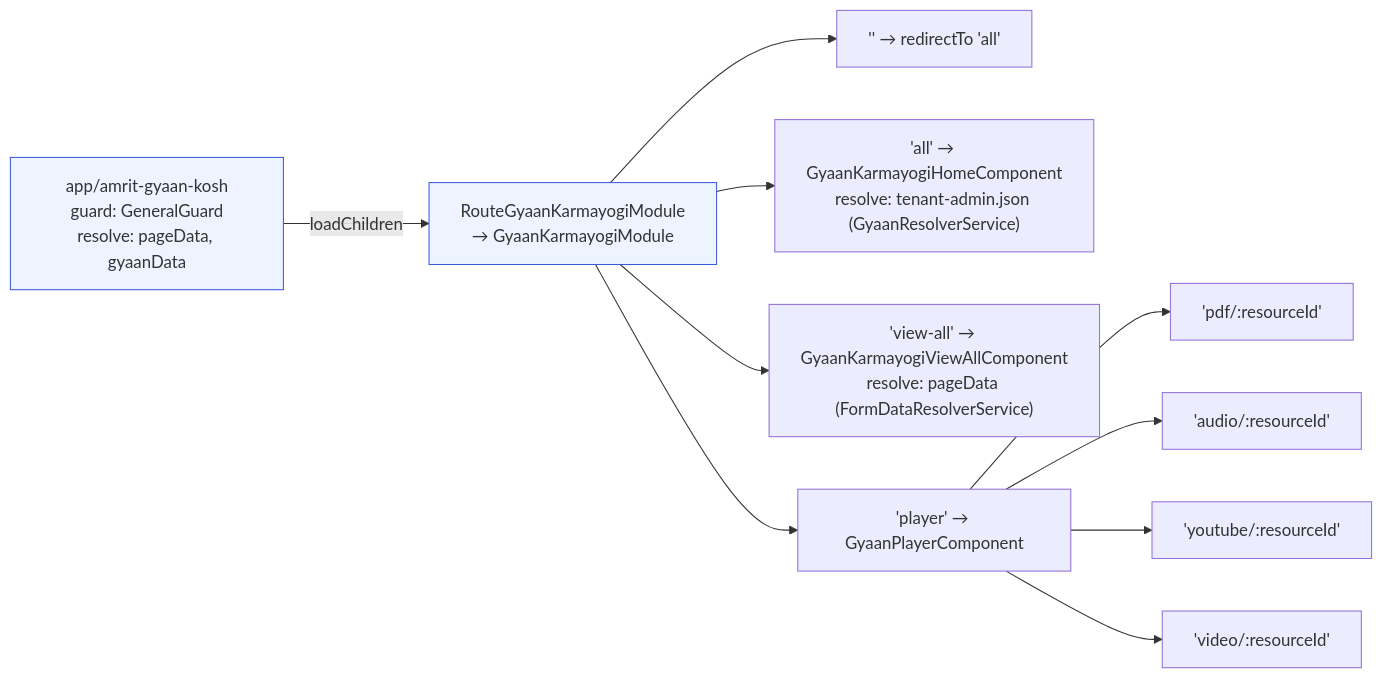
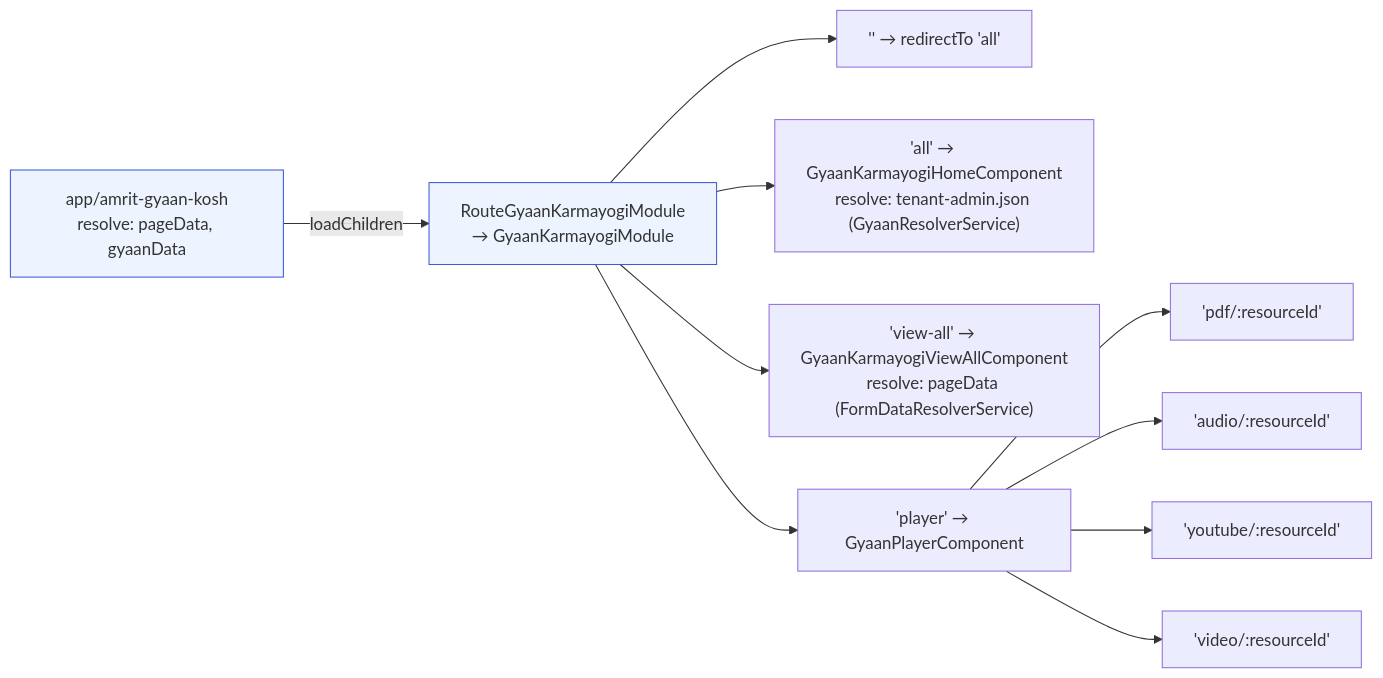
Before and after one commit to KB-iGOT/igot-docs: the first of 2 diagrams in docs/learning-hub/amrit-gyaan-kosh/lld.md, drawn with Mermaid. The commit also changed other lines of this file and 23 other files, not shown here.

First line of the commit message:
security(3c/7): remove weakness and unprotected-route statements: ai-cbp-tool, amrit-gyaan-kosh, bharat-kalp, learning-pathway

````diff
--- a/docs/learning-hub/amrit-gyaan-kosh/lld.md
+++ b/docs/learning-hub/amrit-gyaan-kosh/lld.md
@@ -41,16 +40,16 @@
 ```mermaid
 flowchart LR
-    R0["app/amrit-gyaan-kosh\nguard: GeneralGuard\nresolve: pageData, gyaanData"]
+    R0["app/amrit-gyaan-kosh\nresolve: pageData, gyaanData"]
     R0 -- loadChildren --> RGK["RouteGyaanKarmayogiModule\n→ GyaanKarmayogiModule"]
     RGK --> R1["'' → redirectTo 'all'"]
     RGK --> R2["'all' → GyaanKarmayogiHomeComponent\nresolve: tenant-admin.json (GyaanResolverService)"]
     RGK --> R3["'view-all' → GyaanKarmayogiViewAllComponent\nresolve: pageData (FormDataResolverService)"]
     RGK --> R4["'player' → GyaanPlayerComponent"]
     R4 --> R4a["'pdf/:resourceId'"]
     R4 --> R4b["'audio/:resourceId'"]
     R4 --> R4c["'youtube/:resourceId'"]
     R4 --> R4d["'video/:resourceId'"]
 
     style R0 fill:#eef4ff,stroke:#3b5bdb
     style RGK fill:#eef4ff,stroke:#3b5bdb
 ```
````
